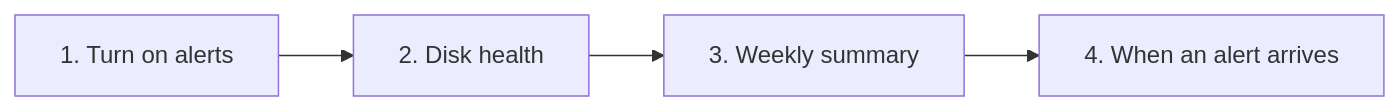
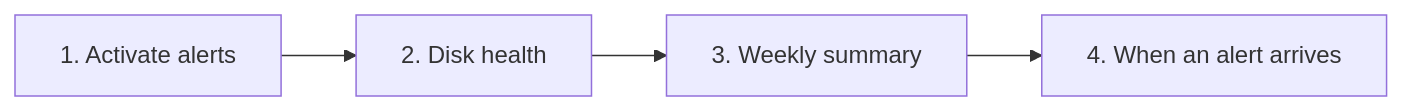
Before and after one commit to TheMightyTRex/starboard: the diagram in docs/help/guides/get-told-when-something-goes-wrong.md, drawn with Mermaid. The commit also changed other lines of this file and 89 other files, not shown here.

````diff
--- a/docs/help/guides/get-told-when-something-goes-wrong.md
+++ b/docs/help/guides/get-told-when-something-goes-wrong.md
@@ -22,6 +22,6 @@
 ```mermaid
 flowchart LR
-    A["1. Turn on alerts"] --> B["2. Disk health"]
+    A["1. Activate alerts"] --> B["2. Disk health"]
     B --> C["3. Weekly summary"]
     C --> D["4. When an alert arrives"]
 ```
````
